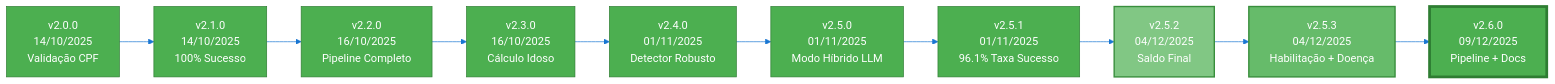
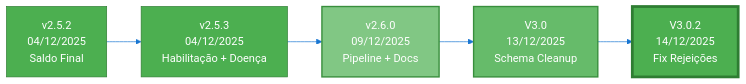
Before and after one commit to revisaprecatorio/ocr-oficios-tjsp: the diagram in README.md, drawn with Mermaid. The commit also changed other lines of this file and 11 other files, not shown here.

````diff
--- a/README.md
+++ b/README.md
@@ -17,17 +18,12 @@
 ```mermaid
 %%{init: {'theme':'base', 'themeVariables': { 'primaryColor':'#4CAF50','primaryTextColor':'#fff','primaryBorderColor':'#2E7D32','lineColor':'#1976D2','secondaryColor':'#FFC107','tertiaryColor':'#F44336'}}}%%
 graph LR
-    A[v2.0.0<br/>14/10/2025<br/>Validação CPF] --> B[v2.1.0<br/>14/10/2025<br/>100% Sucesso]
-    B --> C[v2.2.0<br/>16/10/2025<br/>Pipeline Completo]
-    C --> D[v2.3.0<br/>16/10/2025<br/>Cálculo Idoso]
-    D --> E[v2.4.0<br/>01/11/2025<br/>Detector Robusto]
-    E --> F[v2.5.0<br/>01/11/2025<br/>Modo Híbrido LLM]
-    F --> G[v2.5.1<br/>01/11/2025<br/>96.1% Taxa Sucesso]
-    G --> H[v2.5.2<br/>04/12/2025<br/>Saldo Final]
-    H --> I[v2.5.3<br/>04/12/2025<br/>Habilitação + Doença]
-    I --> J[v2.6.0<br/>09/12/2025<br/>Pipeline + Docs]
+    A[v2.5.2<br/>04/12/2025<br/>Saldo Final] --> B[v2.5.3<br/>04/12/2025<br/>Habilitação + Doença]
+    B --> C[v2.6.0<br/>09/12/2025<br/>Pipeline + Docs]
+    C --> D[V3.0<br/>13/12/2025<br/>Schema Cleanup]
+    D --> E[V3.0.2<br/>14/12/2025<br/>Fix Rejeições]
 
-    style J fill:#4CAF50,stroke:#2E7D32,stroke-width:4px,color:#fff
-    style I fill:#66BB6A,stroke:#388E3C,stroke-width:2px
-    style H fill:#81C784,stroke:#388E3C,stroke-width:2px
+    style E fill:#4CAF50,stroke:#2E7D32,stroke-width:4px,color:#fff
+    style D fill:#66BB6A,stroke:#388E3C,stroke-width:2px
+    style C fill:#81C784,stroke:#388E3C,stroke-width:2px
 ```
````
